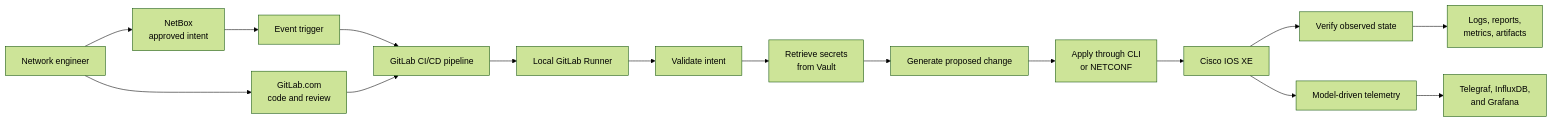
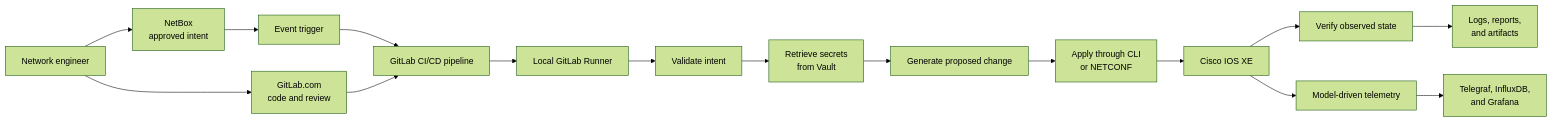
The first of 8 diagrams in LAB/README.md (tanthanh85/CCNPAUTO), drawn with Mermaid (forest theme) before and after one commit. The commit also changed other lines of this file and 113 other files, not shown here.

````diff
--- a/LAB/README.md
+++ b/LAB/README.md
@@ -26,20 +31,20 @@
 ```mermaid
 flowchart LR
     Engineer["Network engineer"] --> NetBox["NetBox<br/>approved intent"]
     Engineer --> GitLab["GitLab.com<br/>code and review"]
     NetBox --> Trigger["Event trigger"]
     Trigger --> Pipeline["GitLab CI/CD pipeline"]
     GitLab --> Pipeline
     Pipeline --> Runner["Local GitLab Runner"]
 
     Runner --> Validate["Validate intent"]
     Validate --> Vault["Retrieve secrets<br/>from Vault"]
     Vault --> Generate["Generate proposed change"]
     Generate --> Apply["Apply through CLI<br/>or NETCONF"]
     Apply --> IOSXE["Cisco IOS XE"]
     IOSXE --> Verify["Verify observed state"]
-    Verify --> Evidence["Logs, reports,<br/>metrics, artifacts"]
+    Verify --> Evidence["Logs, reports,<br/>and artifacts"]
 
     IOSXE --> Telemetry["Model-driven telemetry"]
     Telemetry --> TIG["Telegraf, InfluxDB,<br/>and Grafana"]
 ```
````
